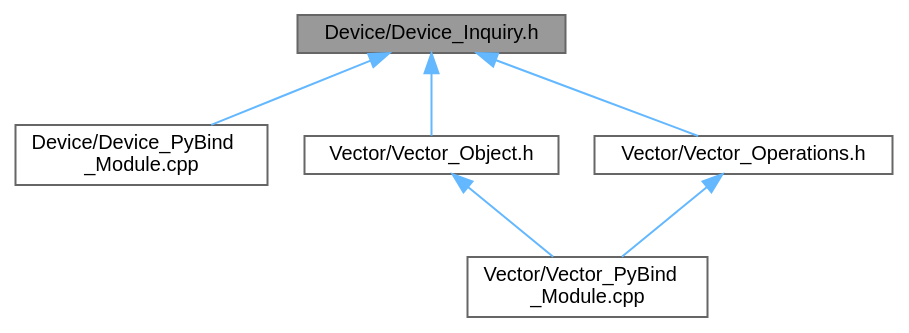
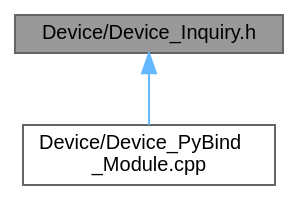
One commit to OsmanAEG/PySYCL changed the diagram in docs/PySYCL_doxygen_html/_device___inquiry_8h__dep__incl.dot. Above: the diagram before and after it, drawn with Graphviz. The commit also changed 115 other files, not shown here.

```diff
--- a/docs/PySYCL_doxygen_html/_device___inquiry_8h__dep__incl.dot
+++ b/docs/PySYCL_doxygen_html/_device___inquiry_8h__dep__incl.dot
@@ -1,18 +1,11 @@
 digraph "Device/Device_Inquiry.h"
 {
  // INTERACTIVE_SVG=YES
  // LATEX_PDF_SIZE
   bgcolor="transparent";
   edge [fontname=Helvetica,fontsize=10,labelfontname=Helvetica,labelfontsize=10];
   node [fontname=Helvetica,fontsize=10,shape=box,height=0.2,width=0.4];
   Node1 [id="Node000001",label="Device/Device_Inquiry.h",height=0.2,width=0.4,color="gray40", fillcolor="grey60", style="filled", fontcolor="black",tooltip="Collecting SYCL device availability and information."];
   Node1 -> Node2 [id="edge1_Node000001_Node000002",dir="back",color="steelblue1",style="solid",tooltip=" "];
   Node2 [id="Node000002",label="Device/Device_PyBind\l_Module.cpp",height=0.2,width=0.4,color="grey40", fillcolor="white", style="filled",URL="$_device___py_bind___module_8cpp.html",tooltip="Python module for device in PySYCL."];
-  Node1 -> Node3 [id="edge2_Node000001_Node000003",dir="back",color="steelblue1",style="solid",tooltip=" "];
-  Node3 [id="Node000003",label="Vector/Vector_Object.h",height=0.2,width=0.4,color="grey40", fillcolor="white", style="filled",URL="$_vector___object_8h.html",tooltip="Vector Object in PySYCL."];
-  Node3 -> Node4 [id="edge3_Node000003_Node000004",dir="back",color="steelblue1",style="solid",tooltip=" "];
-  Node4 [id="Node000004",label="Vector/Vector_PyBind\l_Module.cpp",height=0.2,width=0.4,color="grey40", fillcolor="white", style="filled",URL="$_vector___py_bind___module_8cpp.html",tooltip="Python module for vector in PySYCL."];
-  Node1 -> Node5 [id="edge4_Node000001_Node000005",dir="back",color="steelblue1",style="solid",tooltip=" "];
-  Node5 [id="Node000005",label="Vector/Vector_Operations.h",height=0.2,width=0.4,color="grey40", fillcolor="white", style="filled",URL="$_vector___operations_8h.html",tooltip="Vector operations in PySYCL. These operations receive two individual vectors and return a single vect..."];
-  Node5 -> Node4 [id="edge5_Node000005_Node000004",dir="back",color="steelblue1",style="solid",tooltip=" "];
 }
```
